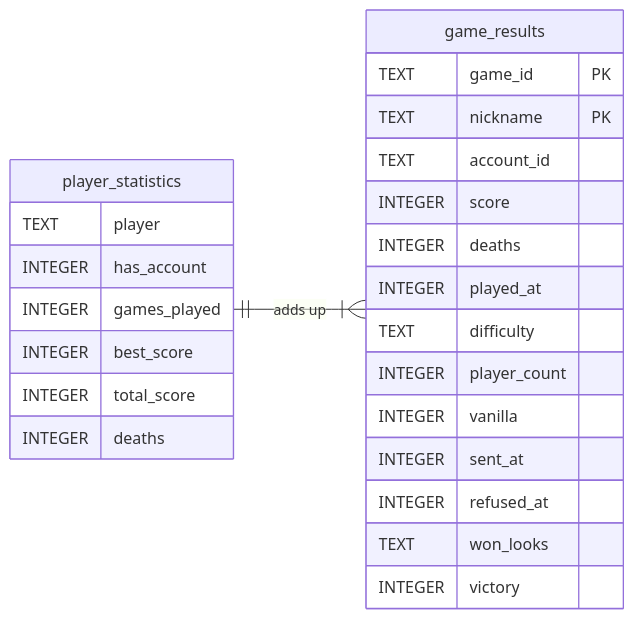
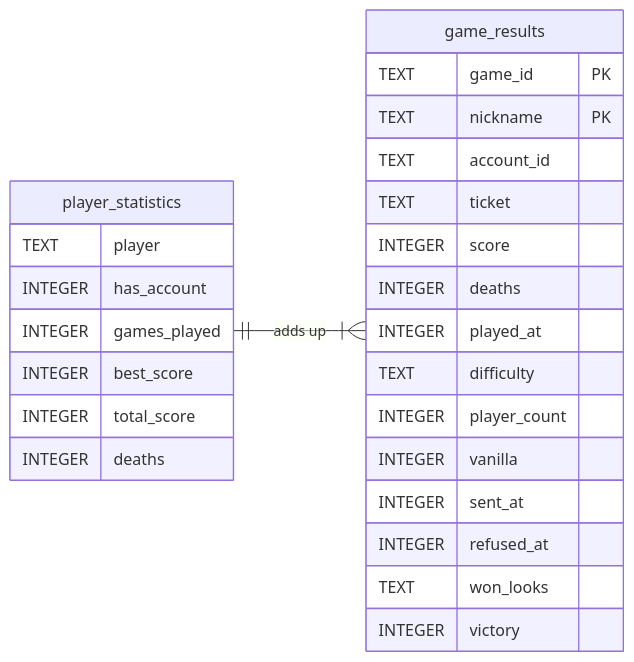
Before and after one commit to nique-epi/R-Type: the third of 3 diagrams in docs/src/content/docs/server.md, drawn with Mermaid. The commit also changed other lines of this file and 3 other files, not shown here.

````diff
--- a/docs/src/content/docs/server.md
+++ b/docs/src/content/docs/server.md
@@ -1348,30 +1348,31 @@
 ```mermaid
 erDiagram
   accTitle: The SQLite file of a server
   accDescr: The table game_results holds one row per player of each finished game, keyed by game_id and nickname. The view player_statistics adds up the rows of each player and holds no data of its own.
   direction LR
   game_results {
     TEXT game_id PK
     TEXT nickname PK
     TEXT account_id
+    TEXT ticket
     INTEGER score
     INTEGER deaths
     INTEGER played_at
     TEXT difficulty
     INTEGER player_count
     INTEGER vanilla
     INTEGER sent_at
     INTEGER refused_at
     TEXT won_looks
     INTEGER victory
   }
   player_statistics {
     TEXT player
     INTEGER has_account
     INTEGER games_played
     INTEGER best_score
     INTEGER total_score
     INTEGER deaths
   }
   player_statistics ||--|{ game_results : "adds up"
 ```
````
